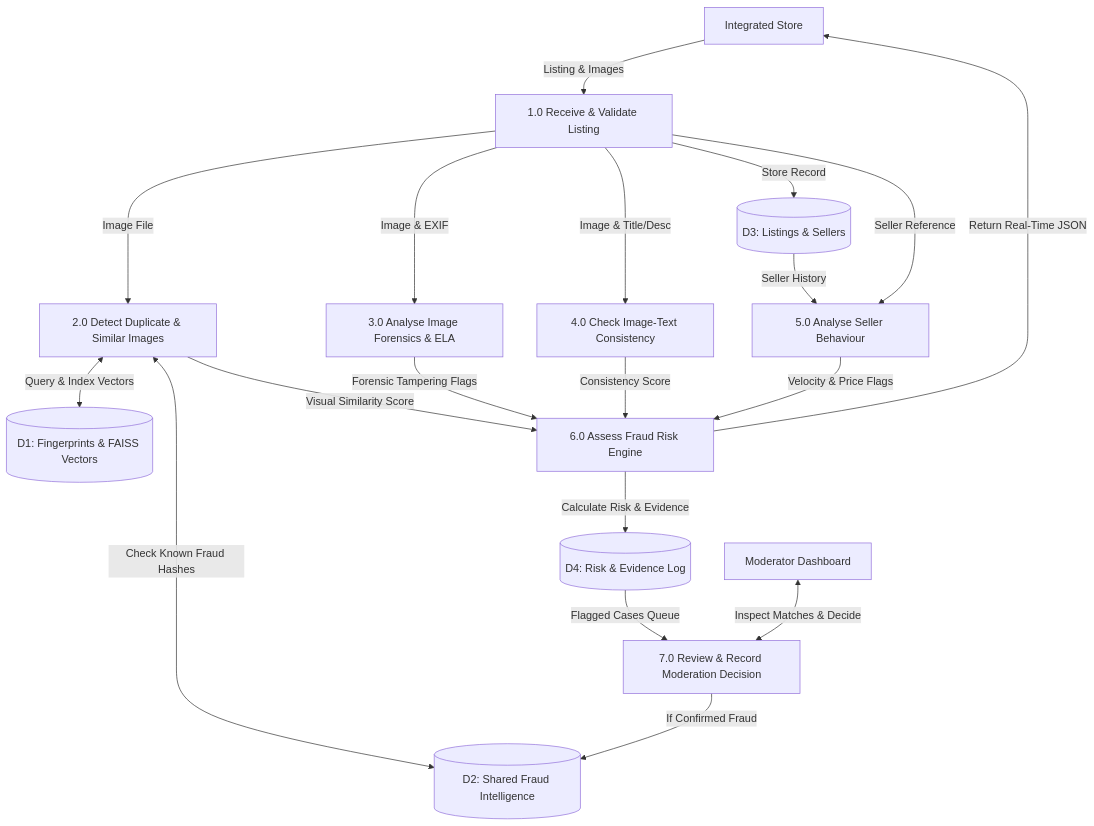
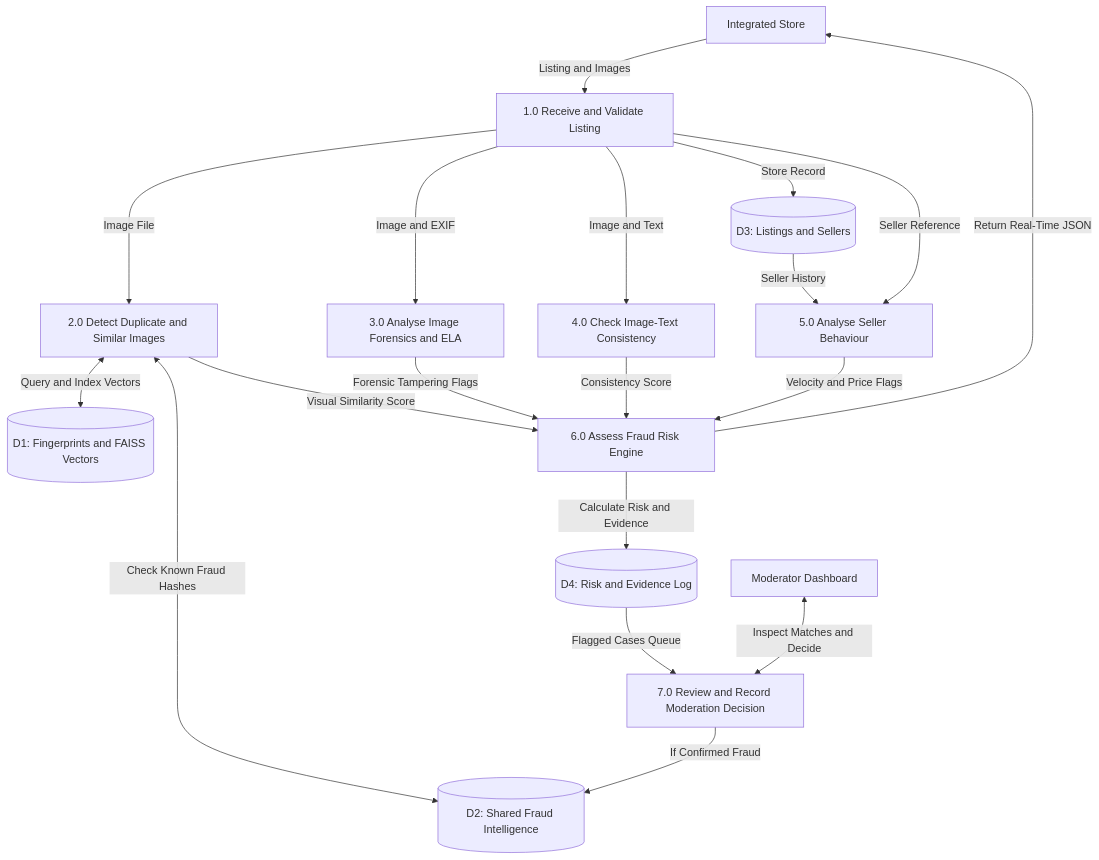
One commit to kiruikibet/Image-Similarity changed the second of 4 diagrams in README.md. Above: the diagram before and after it, drawn with Mermaid. The commit also changed other lines of this file and 7 other files, not shown here.

Commit message:
docs: add master architecture blueprint, models, API specs, and 50-day engineering roadmap

````diff
--- a/README.md
+++ b/README.md
@@ -56,27 +56,27 @@
 ```mermaid
 flowchart TD
-    STORE[Integrated Store] -->|Listing & Images| P1[1.0 Receive & Validate Listing]
-    P1 -->|Store Record| D3[(D3: Listings & Sellers)]
-
-    P1 -->|Image File| P2[2.0 Detect Duplicate & Similar Images]
-    P2 <-->|Query & Index Vectors| D1[(D1: Fingerprints & FAISS Vectors)]
-    P2 <-->|Check Known Fraud Hashes| D2[(D2: Shared Fraud Intelligence)]
-
-    P1 -->|Image & EXIF| P3[3.0 Analyse Image Forensics & ELA]
-    P1 -->|Image & Title/Desc| P4[4.0 Check Image-Text Consistency]
-
-    D3 -->|Seller History| P5[5.0 Analyse Seller Behaviour]
-    P1 -->|Seller Reference| P5
-
-    P2 -->|Visual Similarity Score| P6[6.0 Assess Fraud Risk Engine]
-    P3 -->|Forensic Tampering Flags| P6
-    P4 -->|Consistency Score| P6
-    P5 -->|Velocity & Price Flags| P6
-
-    P6 -->|Calculate Risk & Evidence| D4[(D4: Risk & Evidence Log)]
-    P6 -->|Return Real-Time JSON| STORE
-
-    D4 -->|Flagged Cases Queue| P7[7.0 Review & Record Moderation Decision]
-    MOD[Moderator Dashboard] <-->|Inspect Matches & Decide| P7
-    P7 -->|If Confirmed Fraud| D2
+    STORE["Integrated Store"] -->|"Listing and Images"| P1["1.0 Receive and Validate Listing"]
+    P1 -->|"Store Record"| D3[("D3: Listings and Sellers")]
+    
+    P1 -->|"Image File"| P2["2.0 Detect Duplicate and Similar Images"]
+    P2 <-->|"Query and Index Vectors"| D1[("D1: Fingerprints and FAISS Vectors")]
+    P2 <-->|"Check Known Fraud Hashes"| D2[("D2: Shared Fraud Intelligence")]
+    
+    P1 -->|"Image and EXIF"| P3["3.0 Analyse Image Forensics and ELA"]
+    P1 -->|"Image and Text"| P4["4.0 Check Image-Text Consistency"]
+    
+    D3 -->|"Seller History"| P5["5.0 Analyse Seller Behaviour"]
+    P1 -->|"Seller Reference"| P5
+    
+    P2 -->|"Visual Similarity Score"| P6["6.0 Assess Fraud Risk Engine"]
+    P3 -->|"Forensic Tampering Flags"| P6
+    P4 -->|"Consistency Score"| P6
+    P5 -->|"Velocity and Price Flags"| P6
+    
+    P6 -->|"Calculate Risk and Evidence"| D4[("D4: Risk and Evidence Log")]
+    P6 -->|"Return Real-Time JSON"| STORE
+    
+    D4 -->|"Flagged Cases Queue"| P7["7.0 Review and Record Moderation Decision"]
+    MOD["Moderator Dashboard"] <-->|"Inspect Matches and Decide"| P7
+    P7 -->|"If Confirmed Fraud"| D2
 ```
````
